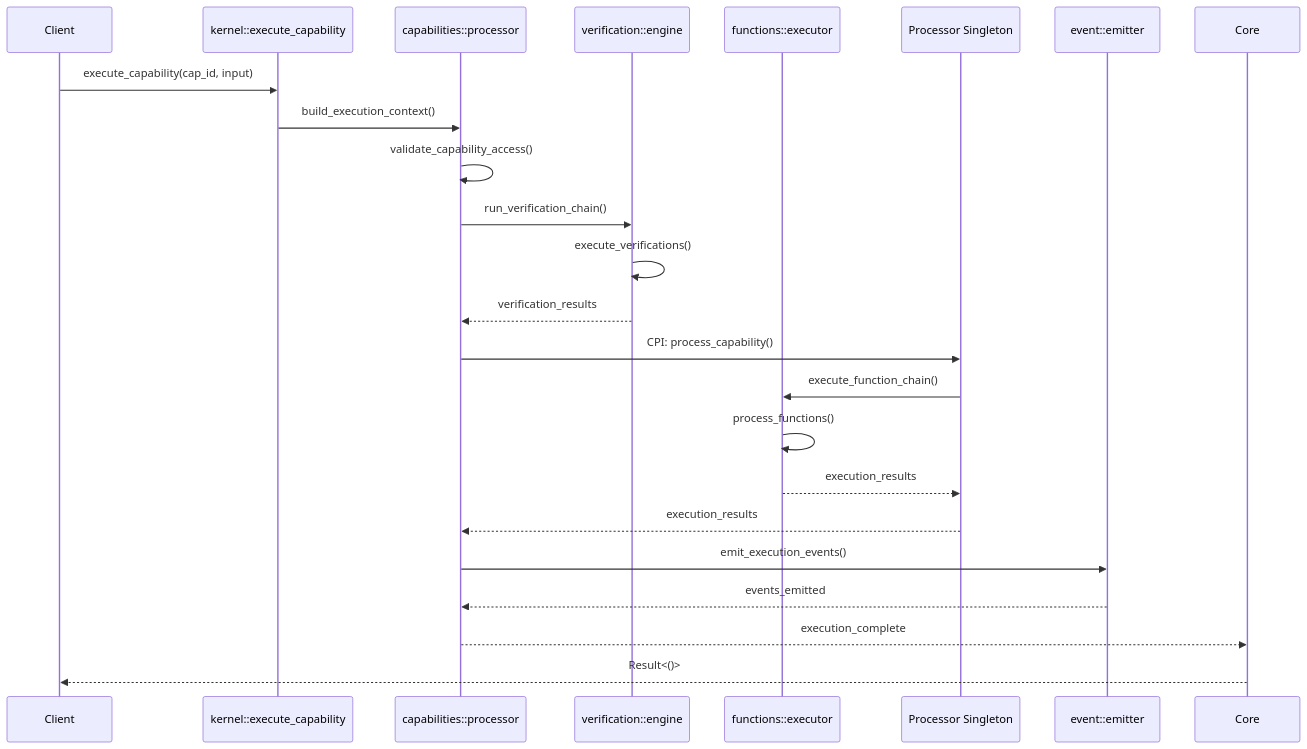
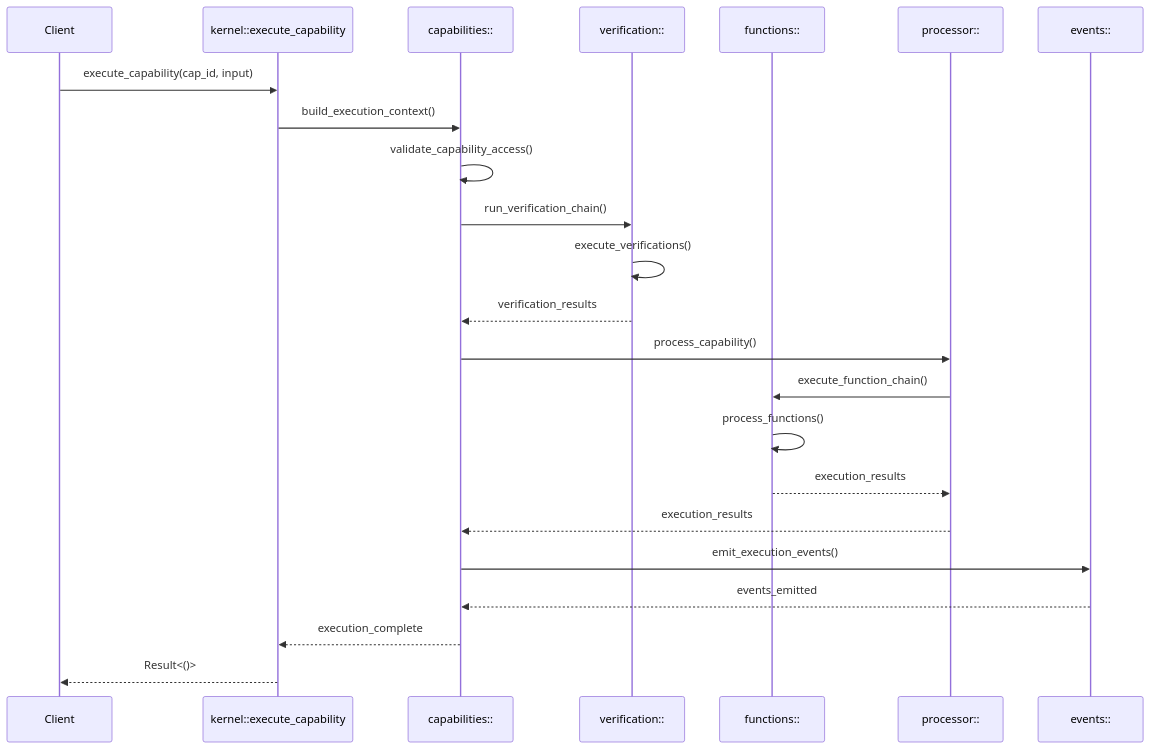
Before and after one commit to timewave-computer/valence-solana: the fourth of 19 diagrams in docs/003-data-flow.md, drawn with Mermaid. The commit also changed other lines of this file and 70 other files, not shown here.

````diff
--- a/docs/003-data-flow.md
+++ b/docs/003-data-flow.md
@@ -76,29 +82,29 @@
 ```mermaid
 sequenceDiagram
     participant Client
     participant Kernel as kernel::execute_capability
-    participant Cap as capabilities::processor
-    participant Ver as verification::engine
-    participant Func as functions::executor
-    participant Proc as Processor Singleton
-    participant Events as event::emitter
+    participant Cap as capabilities::
+    participant Ver as verification::
+    participant Func as functions::
+    participant Proc as processor::
+    participant Events as events::
     
     Client->>Kernel: execute_capability(cap_id, input)
     Kernel->>Cap: build_execution_context()
     Cap->>Cap: validate_capability_access()
     
     Cap->>Ver: run_verification_chain()
     Ver->>Ver: execute_verifications()
     Ver-->>Cap: verification_results
     
-    Cap->>Proc: CPI: process_capability()
+    Cap->>Proc: process_capability()
     Proc->>Func: execute_function_chain()
     Func->>Func: process_functions()
     Func-->>Proc: execution_results
     Proc-->>Cap: execution_results
     
     Cap->>Events: emit_execution_events()
     Events-->>Cap: events_emitted
-    Cap-->>Core: execution_complete
-    Core-->>Client: Result<()>
+    Cap-->>Kernel: execution_complete
+    Kernel-->>Client: Result<()>
 ```
````
